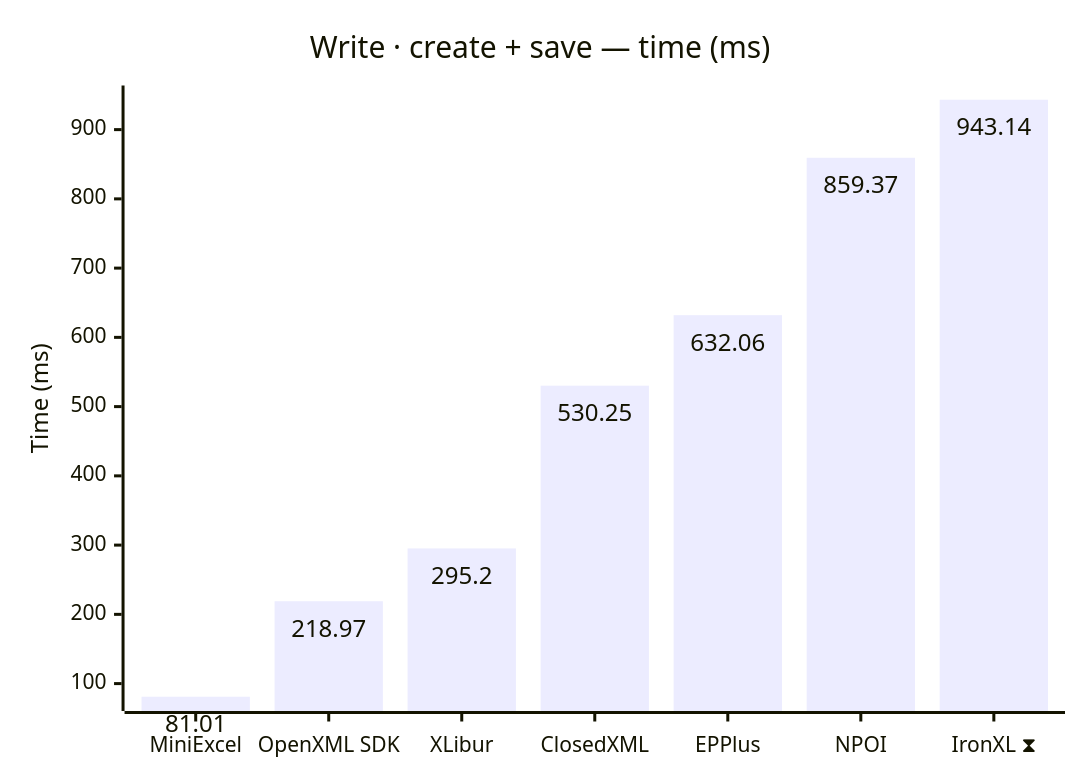
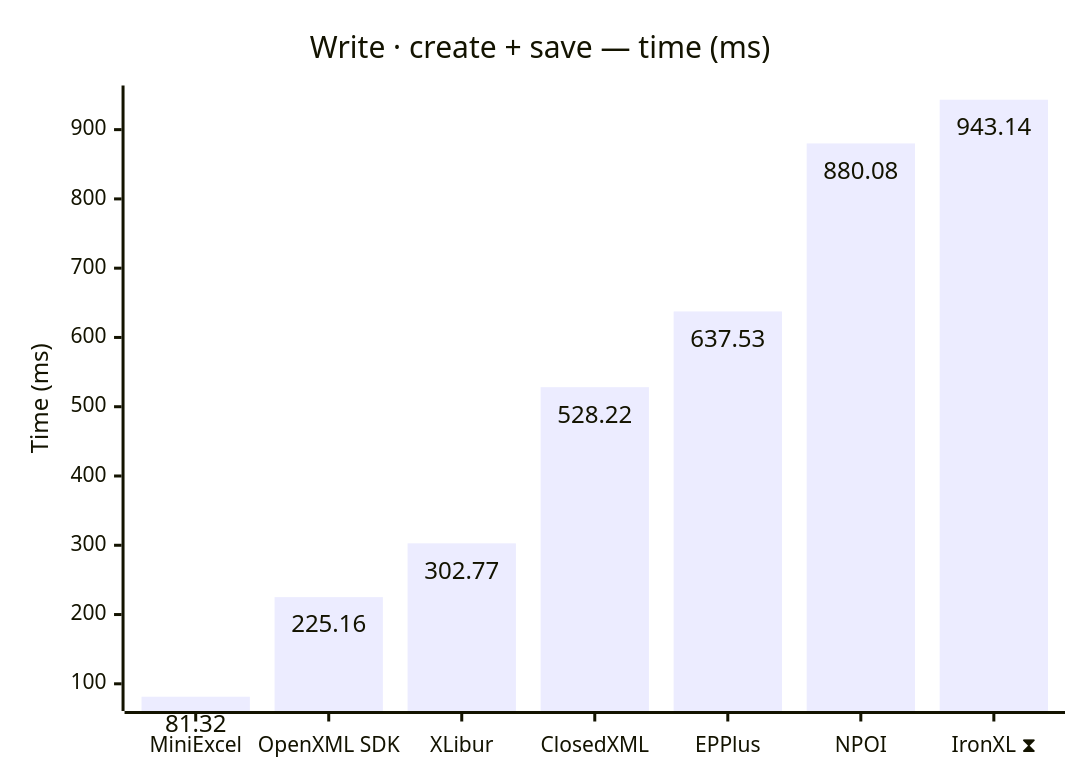
Before and after one commit to jafin/XLBench: the fifth of 12 diagrams in docs/results-ci.md, drawn with Mermaid. The commit also changed other lines of this file, not shown here.

````diff
--- a/docs/results-ci.md
+++ b/docs/results-ci.md
@@ -93,12 +93,12 @@
 ```mermaid
 ---
 config:
   xyChart:
     showDataLabel: true
 ---
 xychart-beta
     title "Write · create + save — time (ms)"
     x-axis ["MiniExcel", "OpenXML SDK", "XLibur", "ClosedXML", "EPPlus", "NPOI", "IronXL ⧗"]
     y-axis "Time (ms)"
-    bar [81.01, 218.97, 295.2, 530.25, 632.06, 859.37, 943.14]
+    bar [81.32, 225.16, 302.77, 528.22, 637.53, 880.08, 943.14]
 ```
````
